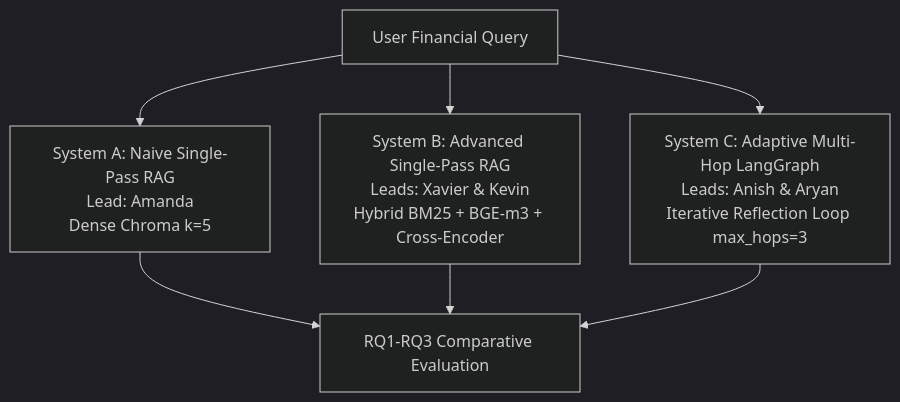
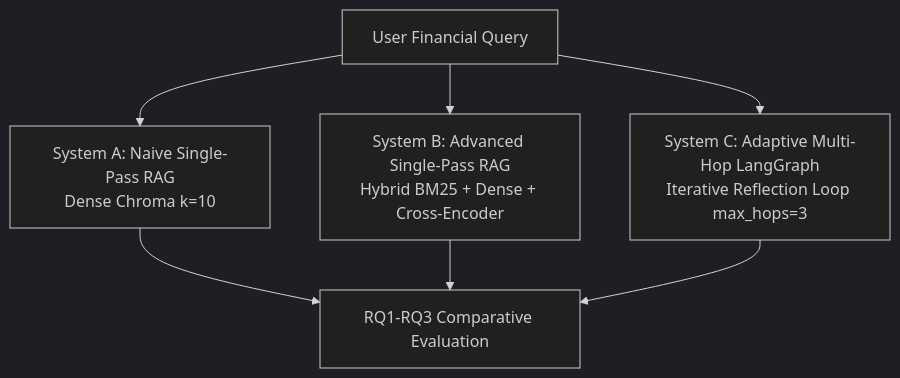
Before and after one commit to AmandaTSY99/cs614_group8: the first of 2 diagrams in ARCHITECTURE.md, drawn with Mermaid (dark theme). The commit also changed other lines of this file and 41 other files, not shown here.

````diff
--- a/ARCHITECTURE.md
+++ b/ARCHITECTURE.md
@@ -14,10 +14,10 @@
 ```mermaid
 flowchart TD
-    Q[User Financial Query] --> SA[System A: Naive Single-Pass RAG\nLead: Amanda\nDense Chroma k=5]
-    Q --> SB[System B: Advanced Single-Pass RAG\nLeads: Xavier & Kevin\nHybrid BM25 + BGE-m3 + Cross-Encoder]
-    Q --> SC[System C: Adaptive Multi-Hop LangGraph\nLeads: Anish & Aryan\nIterative Reflection Loop max_hops=3]
+    Q[User Financial Query] --> SA[System A: Naive Single-Pass RAG\nDense Chroma k=10]
+    Q --> SB[System B: Advanced Single-Pass RAG\nHybrid BM25 + Dense + Cross-Encoder]
+    Q --> SC[System C: Adaptive Multi-Hop LangGraph\nIterative Reflection Loop max_hops=3]
 
     SA --> EA[RQ1-RQ3 Comparative Evaluation]
     SB --> EA
     SC --> EA
 ```
````
